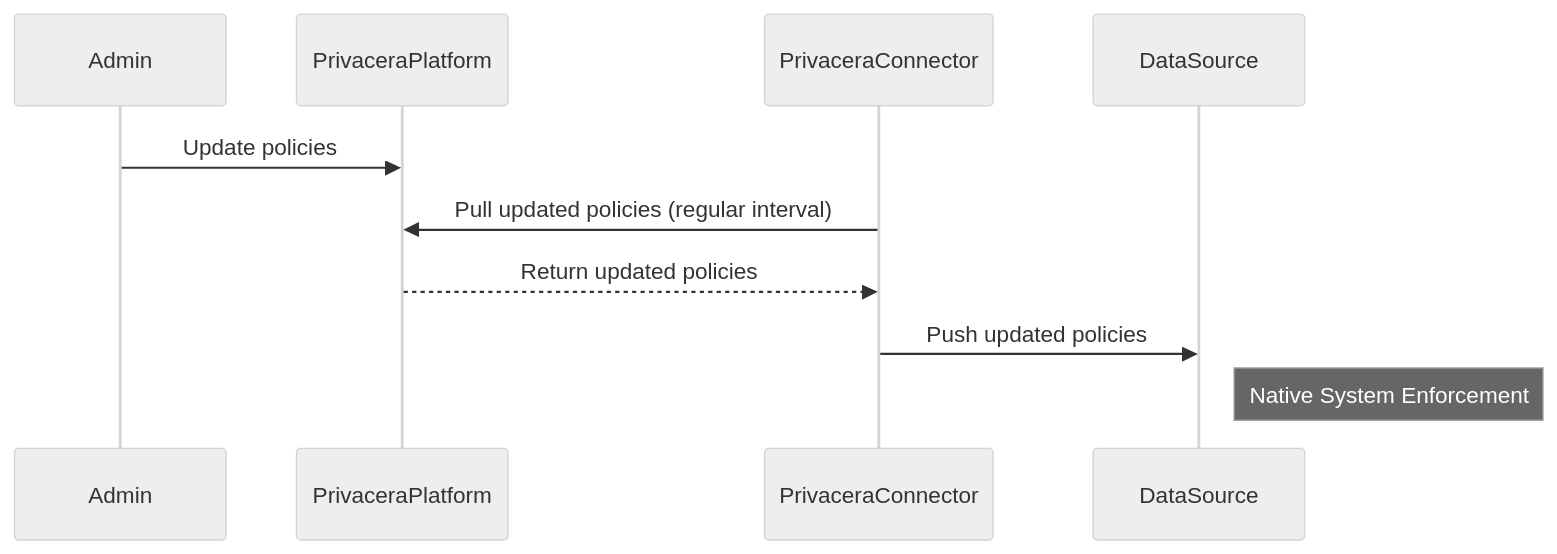
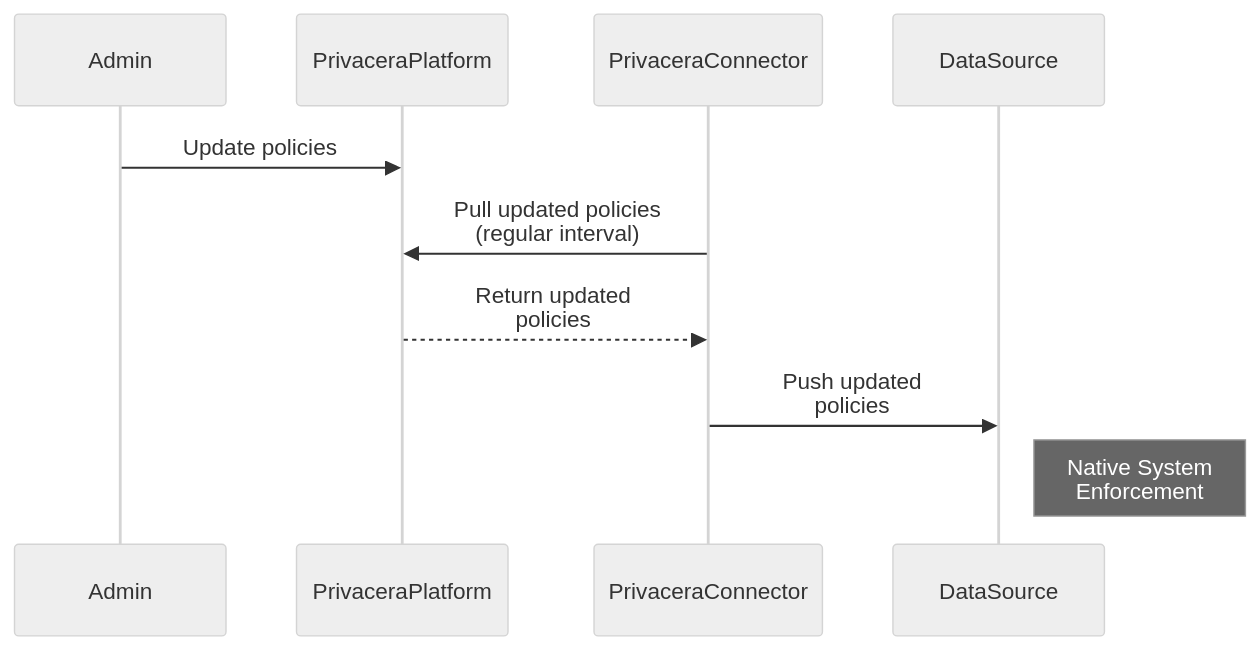
Before and after one commit to rangrej-irfan/docs: the second of 3 diagrams in mkdocs/docs/resources/design/access-management/integrations/privacera_policysync.md, drawn with Mermaid (neutral theme). The commit also changed other lines of this file and 3 other files, not shown here.

````diff
--- a/mkdocs/docs/resources/design/access-management/integrations/privacera_policysync.md
+++ b/mkdocs/docs/resources/design/access-management/integrations/privacera_policysync.md
@@ -73,13 +73,13 @@
 ```mermaid
 sequenceDiagram
     participant Admin
     participant PrivaceraPlatform
     participant PrivaceraConnector
     participant DataSource
 
     Admin->>PrivaceraPlatform: Update policies
-    PrivaceraConnector->>PrivaceraPlatform: Pull updated policies (regular interval)
-    PrivaceraPlatform-->>PrivaceraConnector: Return updated policies
-    PrivaceraConnector->>DataSource: Push updated policies
-    Note right of DataSource: Native System Enforcement
+    PrivaceraConnector->>PrivaceraPlatform: Pull updated policies<br> (regular interval)
+    PrivaceraPlatform-->>PrivaceraConnector: Return updated<br> policies
+    PrivaceraConnector->>DataSource: Push updated<br> policies
+    Note right of DataSource: Native System<br> Enforcement
 ```
````
